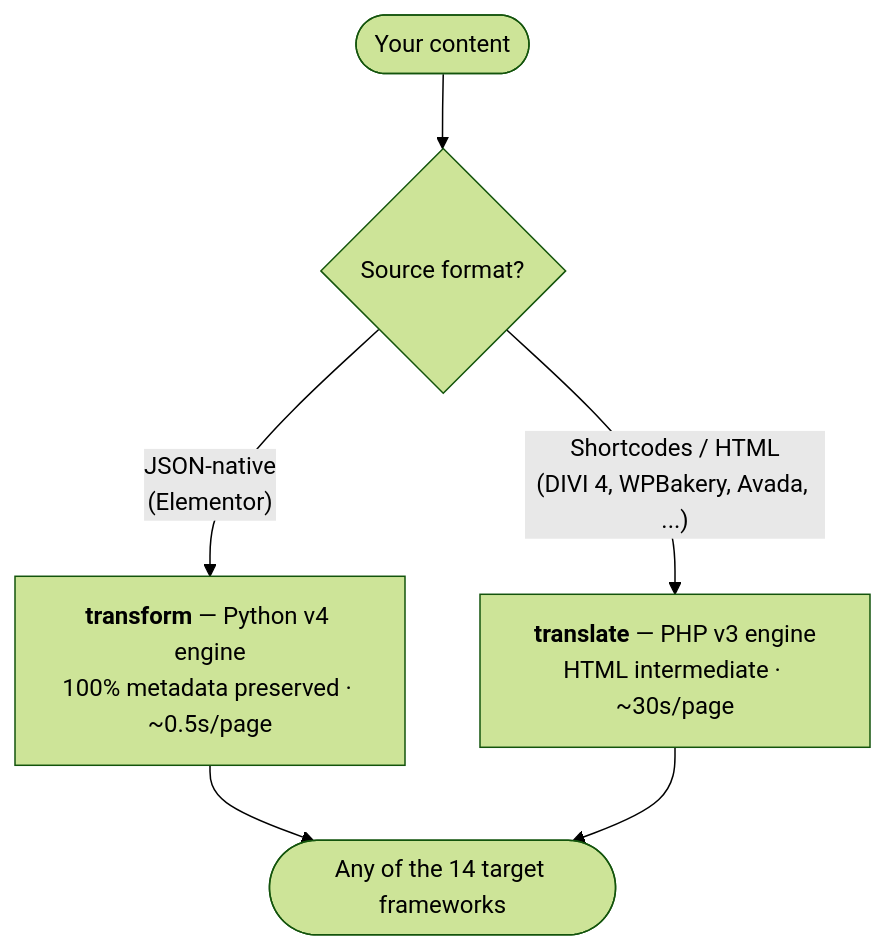
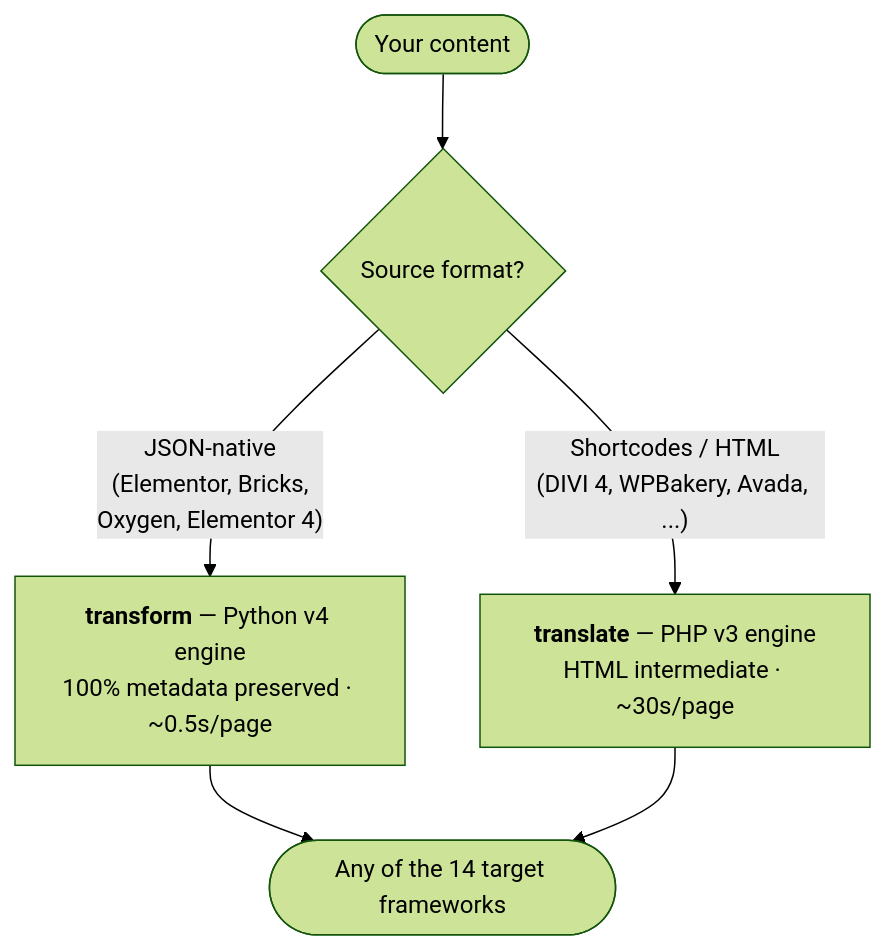
The first of 2 diagrams in README.md (coryhubbell/Development-Translation-Bridge), drawn with Mermaid (forest theme) before and after one commit. The commit also changed other lines of this file and 35 other files, not shown here.

First line of the commit message:
chore(release): 4.7.0 — JSON source parsers for the lossless transform path

````diff
--- a/README.md
+++ b/README.md
@@ -52,8 +52,8 @@
 ```mermaid
 flowchart TD
     IN(["Your content"]) --> Q{"Source format?"}
-    Q -->|"JSON-native<br/>(Elementor)"| T["<b>transform</b> — Python v4 engine<br/>100% metadata preserved · ~0.5s/page"]
+    Q -->|"JSON-native<br/>(Elementor, Bricks,<br/>Oxygen, Elementor 4)"| T["<b>transform</b> — Python v4 engine<br/>100% metadata preserved · ~0.5s/page"]
     Q -->|"Shortcodes / HTML<br/>(DIVI 4, WPBakery, Avada, ...)"| L["<b>translate</b> — PHP v3 engine<br/>HTML intermediate · ~30s/page"]
     T --> OUT(["Any of the 14 target frameworks"])
     L --> OUT
 ```
````
